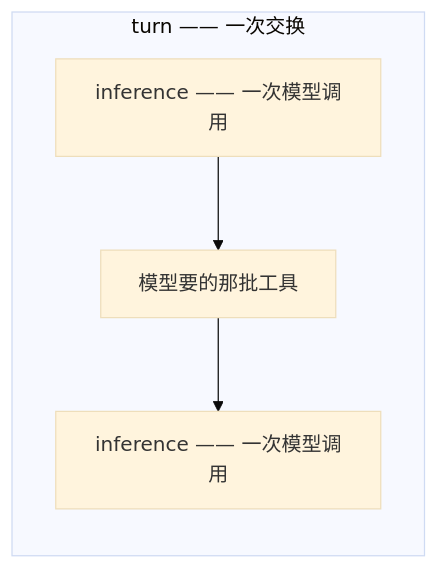
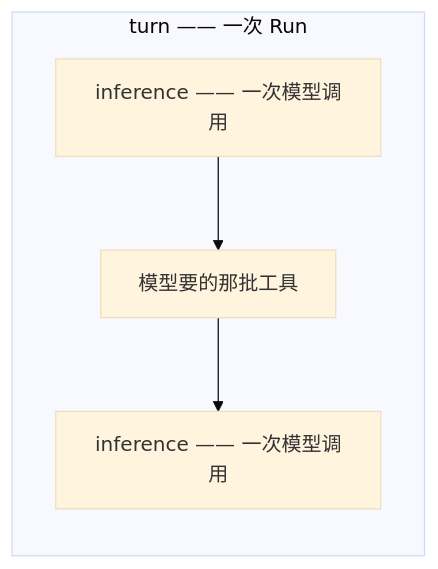
The first of 4 diagrams in docs/agent.zh-CN.md (genai-io/sdk-go), drawn with Mermaid (base theme) before and after one commit. The commit also changed other lines of this file and 121 other files, not shown here.

````diff
--- a/docs/agent.zh-CN.md
+++ b/docs/agent.zh-CN.md
@@ -34,10 +34,10 @@
 ```mermaid
 flowchart TB
-    subgraph turn["turn —— 一次交换"]
+    subgraph turn["turn —— 一次 Run"]
         direction TB
         inf1["inference —— 一次模型调用"]
         tools["模型要的那批工具"]
         inf2["inference —— 一次模型调用"]
         inf1 --> tools --> inf2
     end
 ```
````
